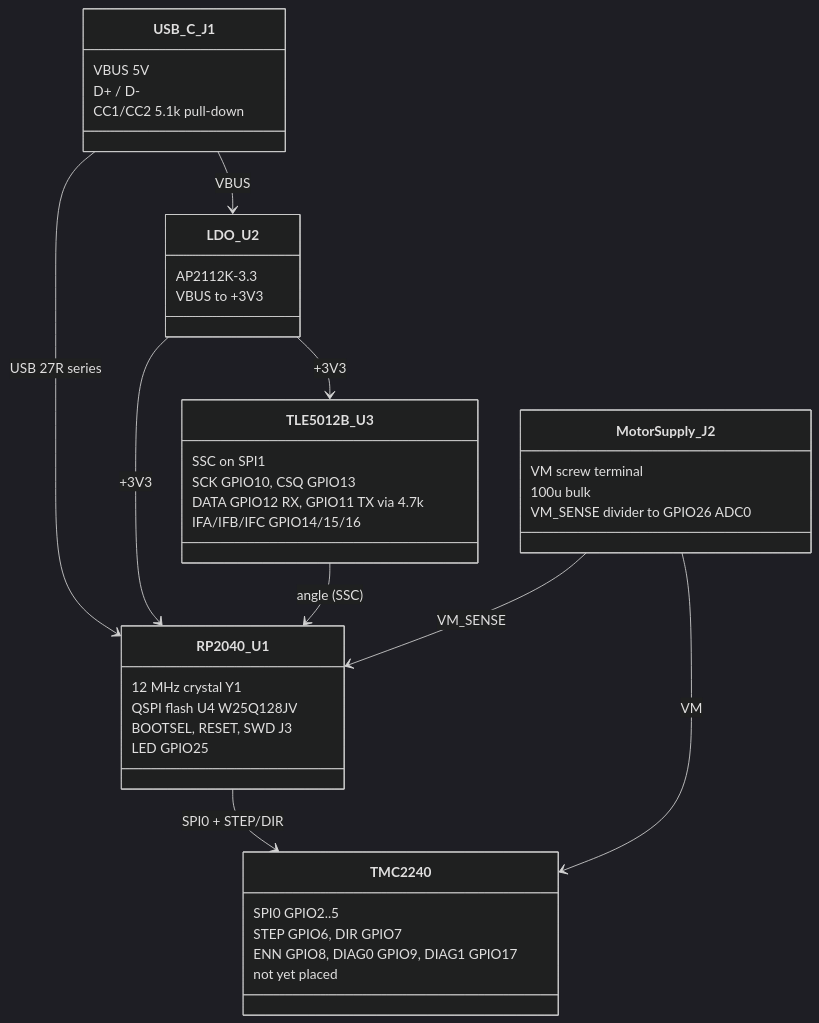
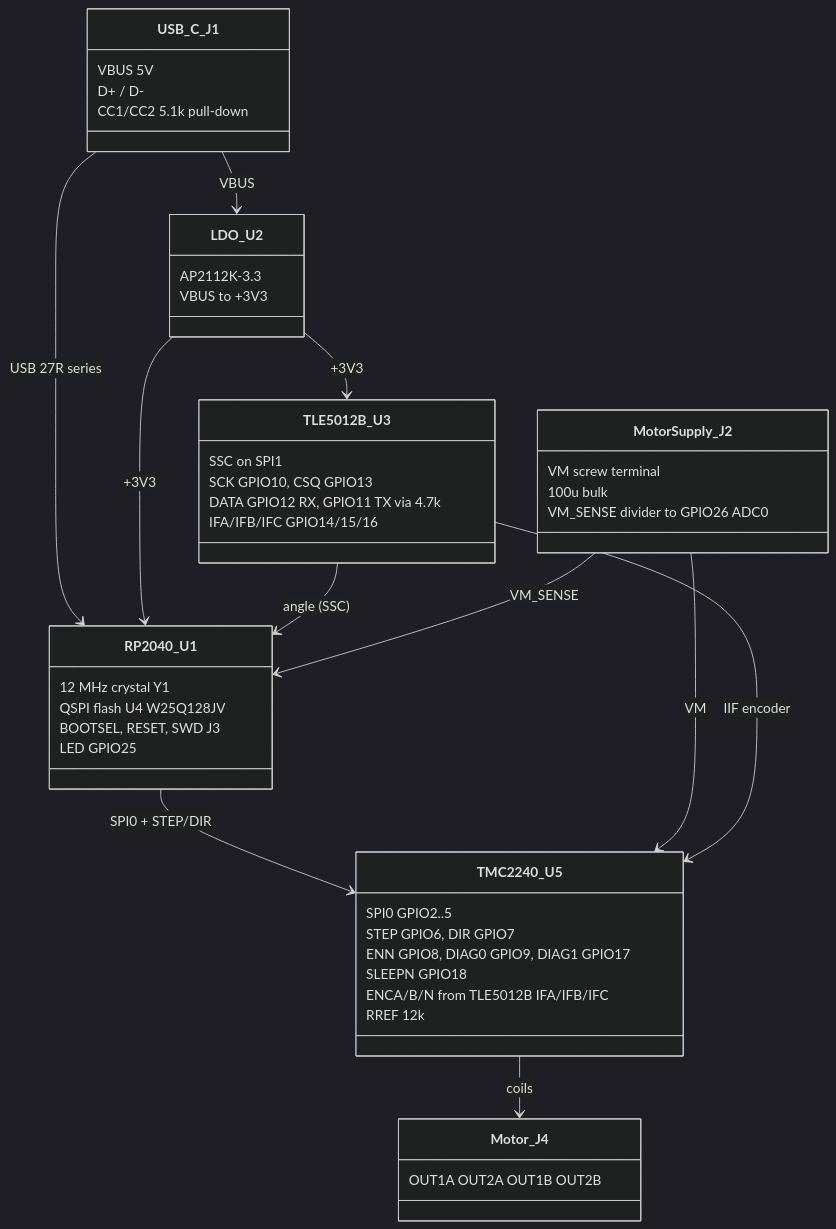
The diagram in ARCHITECTURE.md (tmpk13/pico-step), drawn with Mermaid (dark theme) before and after one commit. The commit also changed 14 other files, not shown here.

First line of the commit message:
Add TMC2240 driver: symbol, footprint, schematic block

````diff
--- a/ARCHITECTURE.md
+++ b/ARCHITECTURE.md
@@ -3,43 +3,50 @@
 ```mermaid
 classDiagram
     class USB_C_J1 {
         VBUS 5V
         D+ / D-
         CC1/CC2 5.1k pull-down
     }
     class LDO_U2 {
         AP2112K-3.3
         VBUS to +3V3
     }
     class RP2040_U1 {
         12 MHz crystal Y1
         QSPI flash U4 W25Q128JV
         BOOTSEL, RESET, SWD J3
         LED GPIO25
     }
-    class TMC2240 {
+    class TMC2240_U5 {
         SPI0 GPIO2..5
         STEP GPIO6, DIR GPIO7
         ENN GPIO8, DIAG0 GPIO9, DIAG1 GPIO17
-        not yet placed
+        SLEEPN GPIO18
+        ENCA/B/N from TLE5012B IFA/IFB/IFC
+        RREF 12k
+    }
+    class Motor_J4 {
+        OUT1A OUT2A OUT1B OUT2B
     }
     class TLE5012B_U3 {
         SSC on SPI1
         SCK GPIO10, CSQ GPIO13
         DATA GPIO12 RX, GPIO11 TX via 4.7k
         IFA/IFB/IFC GPIO14/15/16
     }
     class MotorSupply_J2 {
         VM screw terminal
         100u bulk
         VM_SENSE divider to GPIO26 ADC0
     }
     USB_C_J1 --> LDO_U2 : VBUS
     USB_C_J1 --> RP2040_U1 : USB 27R series
     LDO_U2 --> RP2040_U1 : +3V3
     LDO_U2 --> TLE5012B_U3 : +3V3
-    RP2040_U1 --> TMC2240 : SPI0 + STEP/DIR
+    RP2040_U1 --> TMC2240_U5 : SPI0 + STEP/DIR
     TLE5012B_U3 --> RP2040_U1 : angle (SSC)
-    MotorSupply_J2 --> TMC2240 : VM
+    MotorSupply_J2 --> TMC2240_U5 : VM
+    TLE5012B_U3 --> TMC2240_U5 : IIF encoder
+    TMC2240_U5 --> Motor_J4 : coils
     MotorSupply_J2 --> RP2040_U1 : VM_SENSE
 ```
````
